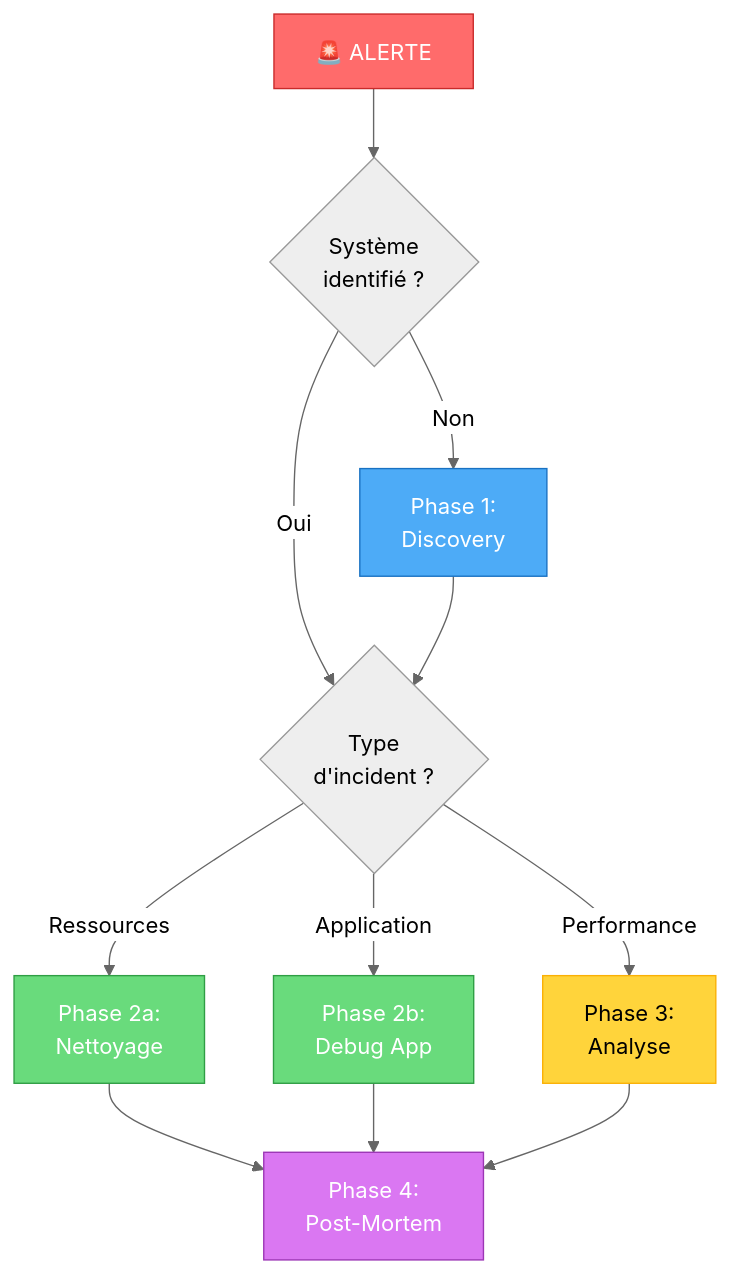
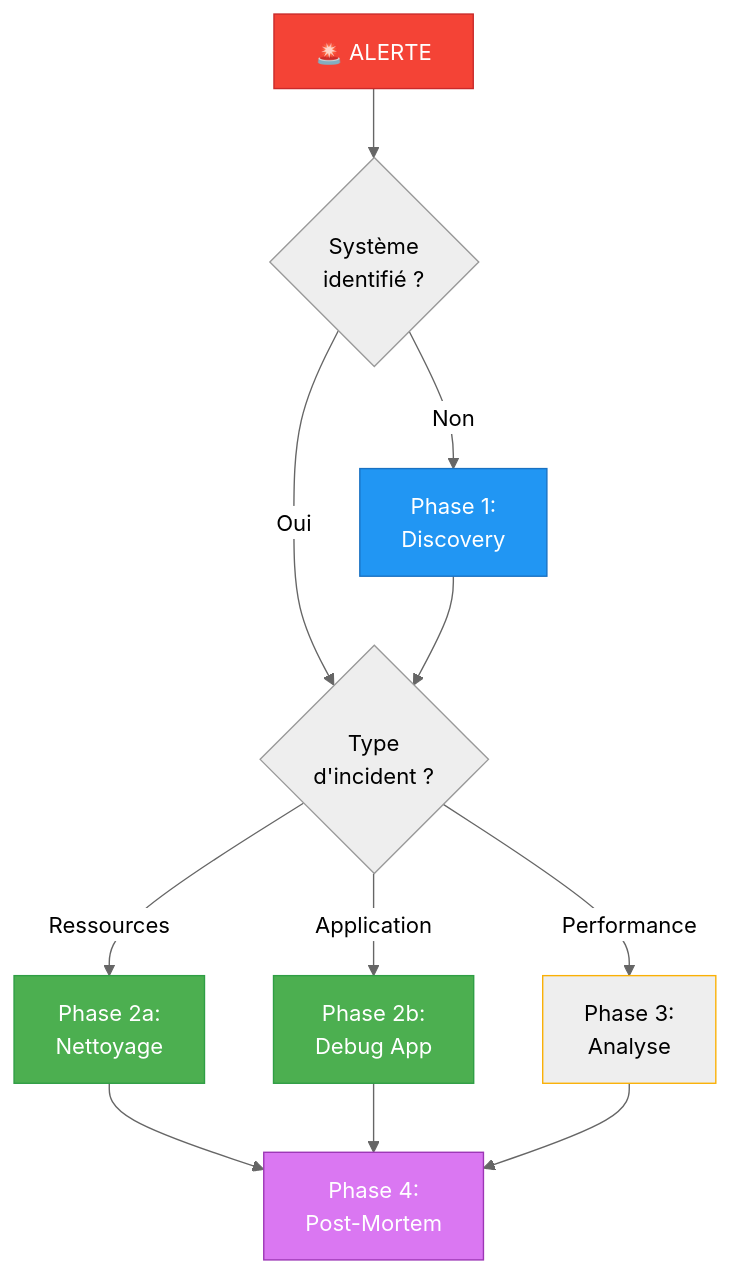
One commit to VBlackJack/ShellBook changed the first of 4 diagrams in docs/playbooks/incident-response.md. Above: the diagram before and after it, drawn with Mermaid (neutral theme). The commit also changed other lines of this file and 337 other files, not shown here.

First line of the commit message:
refactor(docs): Standardize code blocks and Mermaid colors

````diff
--- a/docs/playbooks/incident-response.md
+++ b/docs/playbooks/incident-response.md
@@ -19,23 +19,23 @@
 ```mermaid
 graph TD
     A[🚨 ALERTE] --> B{Système<br/>identifié ?}
     B -->|Non| C[Phase 1:<br/>Discovery]
     B -->|Oui| D{Type<br/>d'incident ?}
 
     C --> D
 
     D -->|Ressources| E[Phase 2a:<br/>Nettoyage]
     D -->|Application| F[Phase 2b:<br/>Debug App]
     D -->|Performance| G[Phase 3:<br/>Analyse]
 
     E --> H[Phase 4:<br/>Post-Mortem]
     F --> H
     G --> H
 
-    style A fill:#ff6b6b,stroke:#c92a2a,color:#fff
-    style C fill:#4dabf7,stroke:#1971c2,color:#fff
-    style E fill:#69db7c,stroke:#2f9e44,color:#fff
-    style F fill:#69db7c,stroke:#2f9e44,color:#fff
-    style G fill:#ffd43b,stroke:#fab005,color:#000
+    style A fill:#f44336,stroke:#c92a2a,color:#fff
+    style C fill:#2196F3,stroke:#1971c2,color:#fff
+    style E fill:#4CAF50,stroke:#2f9e44,color:#fff
+    style F fill:#4CAF50,stroke:#2f9e44,color:#fff
+    style G fill:#FF9800800800,stroke:#fab005,color:#000
     style H fill:#da77f2,stroke:#9c36b5,color:#fff
 ```
````
